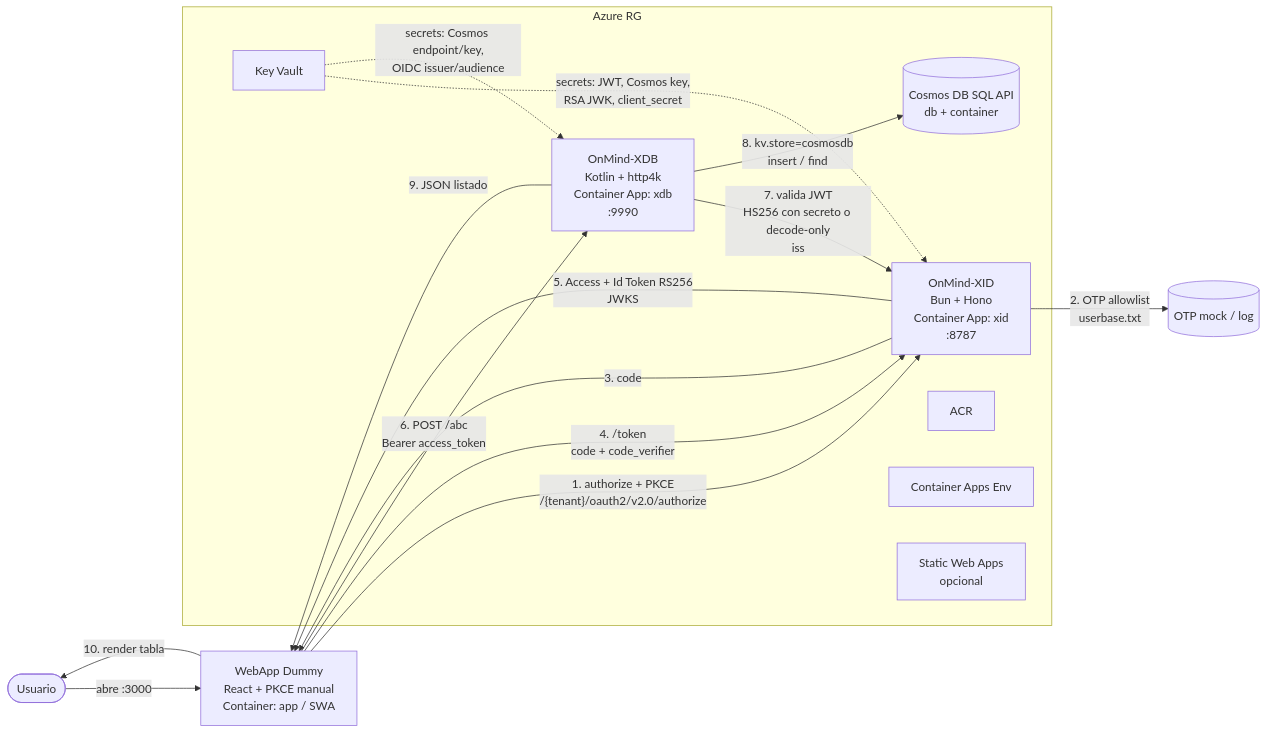
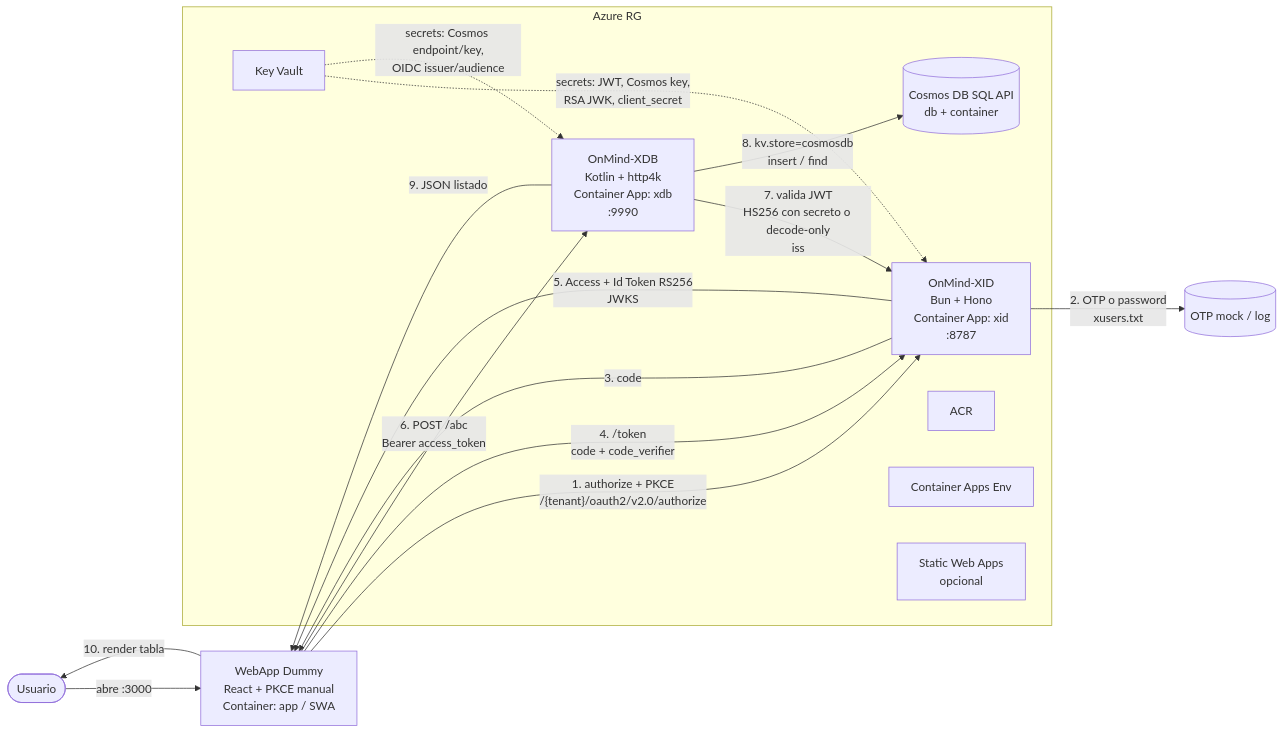
The diagram in docs/arquitectura.md (kaesar/cicddemoaz), drawn with Mermaid before and after one commit. The commit also changed other lines of this file and 12 other files, not shown here.

````diff
--- a/docs/arquitectura.md
+++ b/docs/arquitectura.md
@@ -5,26 +5,26 @@
 ```mermaid
 flowchart LR
   User([Usuario]) -->|"abre :3000"| WebApp["WebApp Dummy<br/>React + PKCE manual<br/>Container: app / SWA"]
   WebApp -->|"1. authorize + PKCE<br/>/{tenant}/oauth2/v2.0/authorize"| XID["OnMind-XID<br/>Bun + Hono<br/>Container App: xid<br/>:8787"]
-  XID -->|"2. OTP allowlist<br/>userbase.txt"| Mail[("OTP mock / log")]
+  XID -->|"2. OTP o password<br/>xusers.txt"| Mail[("OTP mock / log")]
   XID -->|"3. code"| WebApp
   WebApp -->|"4. /token<br/>code + code_verifier"| XID
   XID -->|"5. Access + Id Token RS256<br/>JWKS"| WebApp
   WebApp -->|"6. POST /abc<br/>Bearer access_token"| XDB["OnMind-XDB<br/>Kotlin + http4k<br/>Container App: xdb<br/>:9990"]
   XDB -->|"7. valida JWT<br/>HS256 con secreto o decode-only<br/>iss"| XID
   XDB -->|"8. kv.store=cosmosdb<br/>insert / find"| Cosmos[("Cosmos DB SQL API<br/>db + container")]
   XDB -->|"9. JSON listado"| WebApp
   WebApp -->|"10. render tabla"| User
 
   subgraph azure["Azure RG"]
     XID
     XDB
     Cosmos
     ACR["ACR"]
     KV["Key Vault"]
     CAE["Container Apps Env"]
     SWA["Static Web Apps<br/>opcional"]
   end
   KV -.->|"secrets: JWT, Cosmos key,<br/>RSA JWK, client_secret"| XID
   KV -.->|"secrets: Cosmos endpoint/key,<br/>OIDC issuer/audience"| XDB
 ```
````
